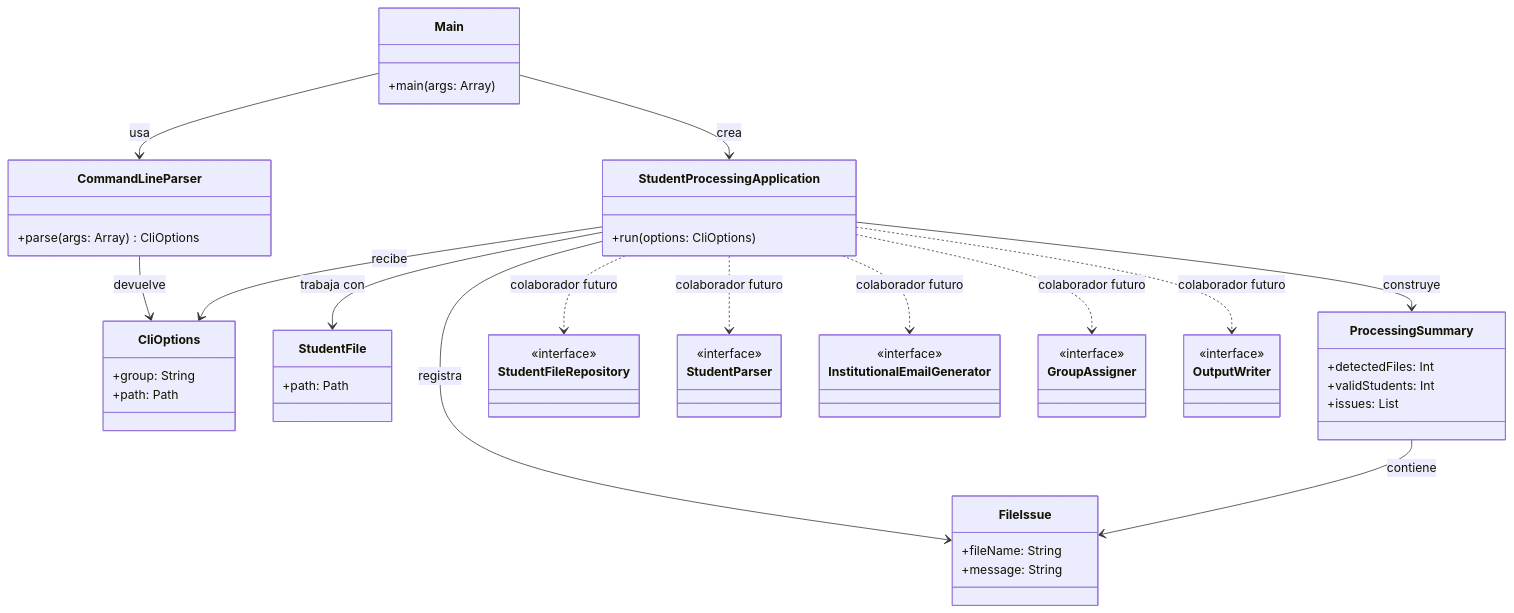
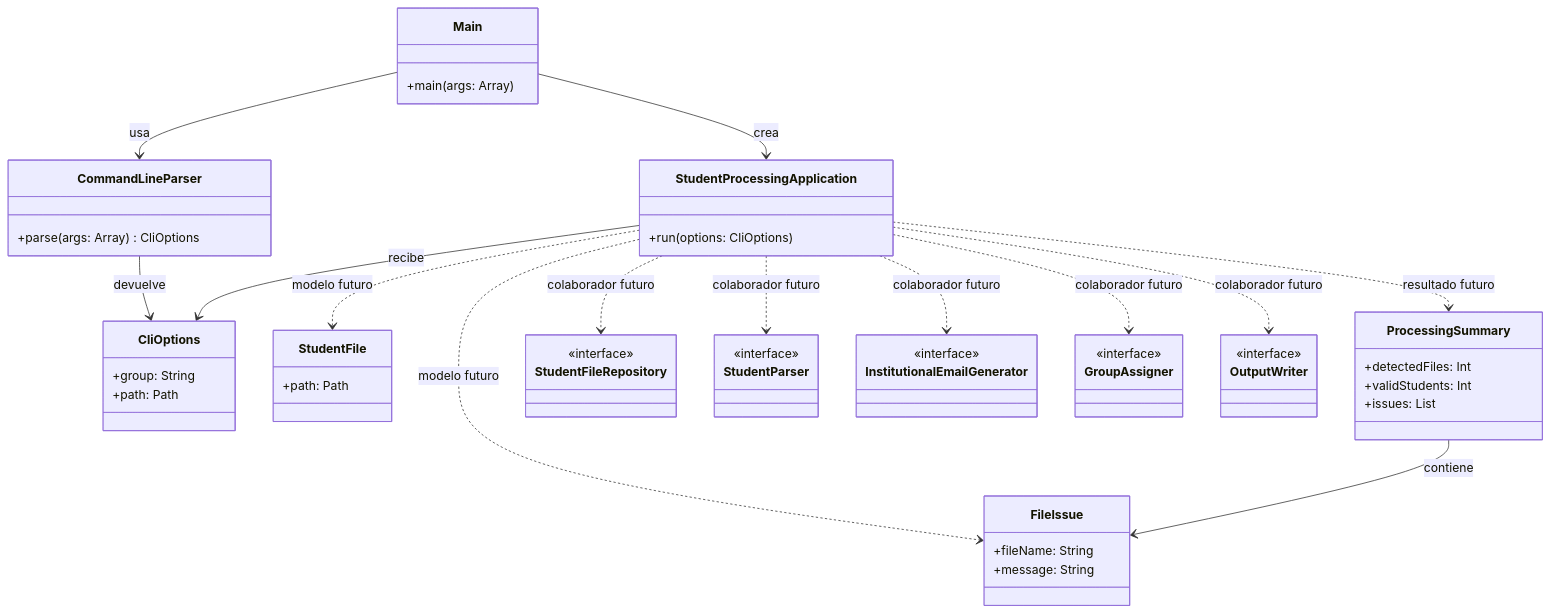
One commit to revilofe/2526_PRO_u7_ProcesaAlumnos changed the first of 2 diagrams in PLANTEAMIENTO.md. Above: the diagram before and after it, drawn with Mermaid. The commit also changed other lines of this file, not shown here.

````diff
--- a/PLANTEAMIENTO.md
+++ b/PLANTEAMIENTO.md
@@ -191,68 +194,68 @@
 ```mermaid
 classDiagram
     class Main {
         +main(args: Array<String>)
     }
 
     class CommandLineParser {
         +parse(args: Array<String>) CliOptions
     }
 
     class CliOptions {
         +group: String
         +path: Path
     }
 
     class StudentProcessingApplication {
         +run(options: CliOptions)
     }
 
     class StudentFile {
         +path: Path
     }
 
     class FileIssue {
         +fileName: String
         +message: String
     }
 
     class ProcessingSummary {
         +detectedFiles: Int
         +validStudents: Int
         +issues: List<FileIssue>
     }
 
     class StudentFileRepository {
         <<interface>>
     }
 
     class StudentParser {
         <<interface>>
     }
 
     class InstitutionalEmailGenerator {
         <<interface>>
     }
 
     class GroupAssigner {
         <<interface>>
     }
 
     class OutputWriter {
         <<interface>>
     }
 
     Main --> CommandLineParser : usa
     Main --> StudentProcessingApplication : crea
     CommandLineParser --> CliOptions : devuelve
     StudentProcessingApplication --> CliOptions : recibe
     StudentProcessingApplication ..> StudentFileRepository : colaborador futuro
     StudentProcessingApplication ..> StudentParser : colaborador futuro
     StudentProcessingApplication ..> InstitutionalEmailGenerator : colaborador futuro
     StudentProcessingApplication ..> GroupAssigner : colaborador futuro
     StudentProcessingApplication ..> OutputWriter : colaborador futuro
-    StudentProcessingApplication --> StudentFile : trabaja con
-    StudentProcessingApplication --> FileIssue : registra
-    StudentProcessingApplication --> ProcessingSummary : construye
+    StudentProcessingApplication ..> StudentFile : modelo futuro
+    StudentProcessingApplication ..> FileIssue : modelo futuro
+    StudentProcessingApplication ..> ProcessingSummary : resultado futuro
     ProcessingSummary --> FileIssue : contiene
 ```
````
